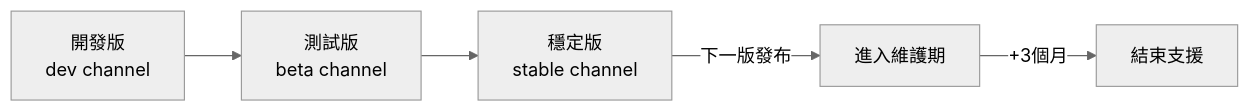
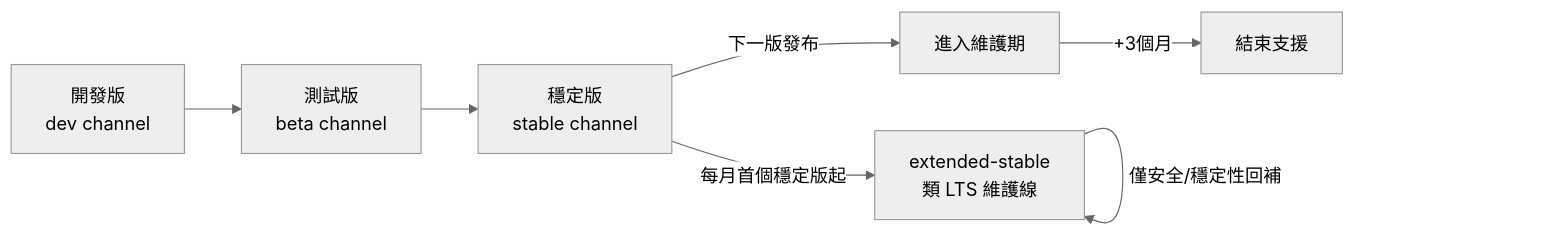
Before and after one commit to chihhung/Blog: diagram 32 of 51 in content/posts/教學/AI開發/OpenClaw生態系教學手冊.md, drawn with Mermaid (neutral theme). The commit also changed other lines of this file and 6 other files, not shown here.

````diff
--- a/content/posts/教學/AI開發/OpenClaw生態系教學手冊.md
+++ b/content/posts/教學/AI開發/OpenClaw生態系教學手冊.md
@@ -5820,8 +5869,10 @@
 ```mermaid
 graph LR
     DEV[開發版<br>dev channel] --> BETA[測試版<br>beta channel]
     BETA --> STABLE[穩定版<br>stable channel]
-    
+    STABLE -->|每月首個穩定版起| EXT[extended-stable<br>類 LTS 維護線]
+    EXT -->|僅安全/穩定性回補| EXT
+
     STABLE -->|下一版發布| MAINT[進入維護期]
     MAINT -->|+3個月| UNSUP[結束支援]
 ```
````
